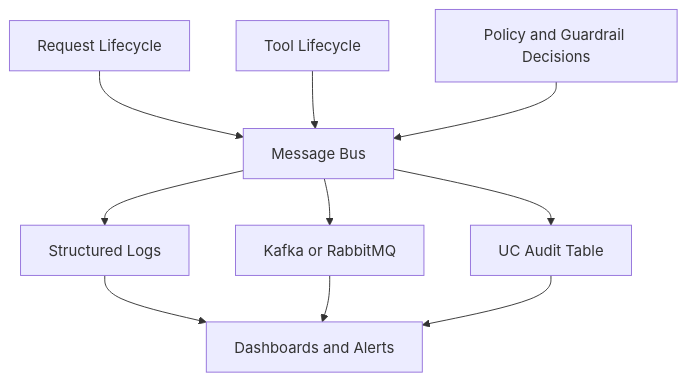
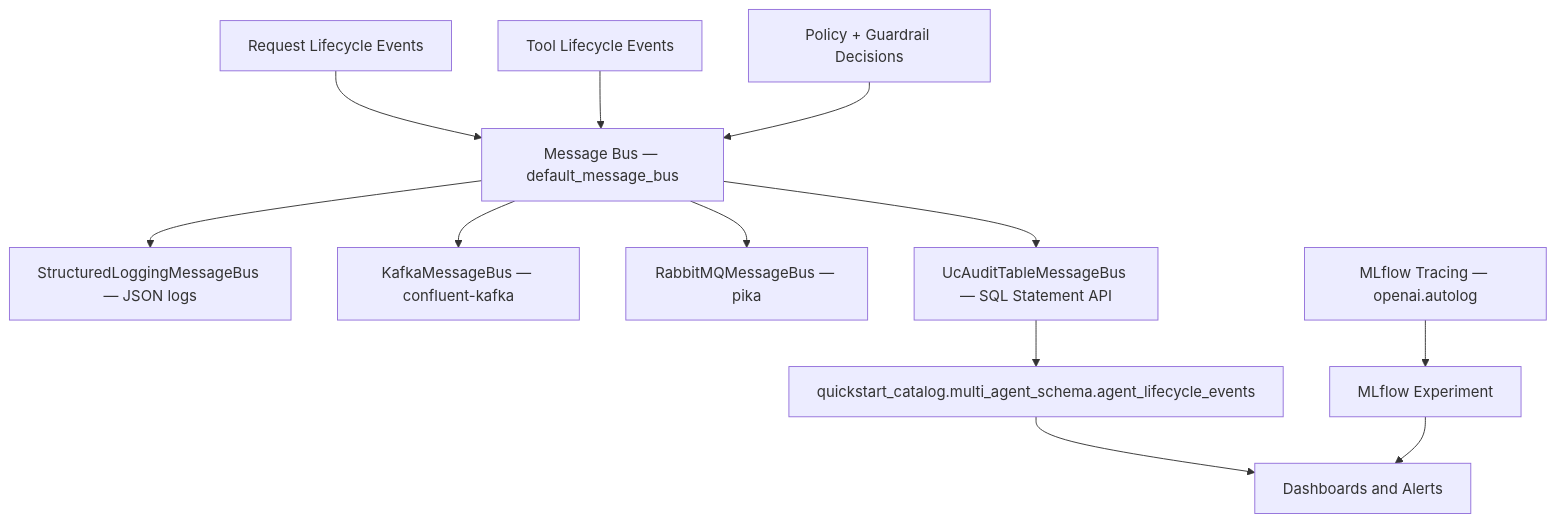
The third of 5 diagrams in docs/architecture/design-artifacts/06-deployment-detailed.md (wchen-dea/Governed-Multi-Agent-Intelligence-on-Databricks), drawn with Mermaid before and after one commit. The commit also changed other lines of this file and 51 other files, not shown here.

````diff
--- a/docs/architecture/design-artifacts/06-deployment-detailed.md
+++ b/docs/architecture/design-artifacts/06-deployment-detailed.md
@@ -40,14 +42,17 @@
 ```mermaid
 flowchart TB
-    Req[Request Lifecycle] --> MB[Message Bus]
-    Tool[Tool Lifecycle] --> MB
-    Pol[Policy and Guardrail Decisions] --> MB
+    Req[Request Lifecycle Events] --> MB[Message Bus — default_message_bus]
+    Tool[Tool Lifecycle Events] --> MB
+    Pol[Policy + Guardrail Decisions] --> MB
 
-    MB --> Log[Structured Logs]
-    MB --> Queue[Kafka or RabbitMQ]
-    MB --> UCTable[UC Audit Table]
+    MB --> Log[StructuredLoggingMessageBus — JSON logs]
+    MB --> Kafka[KafkaMessageBus — confluent-kafka]
+    MB --> Rabbit[RabbitMQMessageBus — pika]
+    MB --> UCT[UcAuditTableMessageBus — SQL Statement API]
 
-    Log --> Dash[Dashboards and Alerts]
-    Queue --> Dash
-    UCTable --> Dash
+    UCT --> Delta[quickstart_catalog.multi_agent_schema.agent_lifecycle_events]
+    Delta --> Dash[Dashboards and Alerts]
+
+    Trace[MLflow Tracing — openai.autolog] --> Exp[MLflow Experiment]
+    Exp --> Dash
 ```
````
